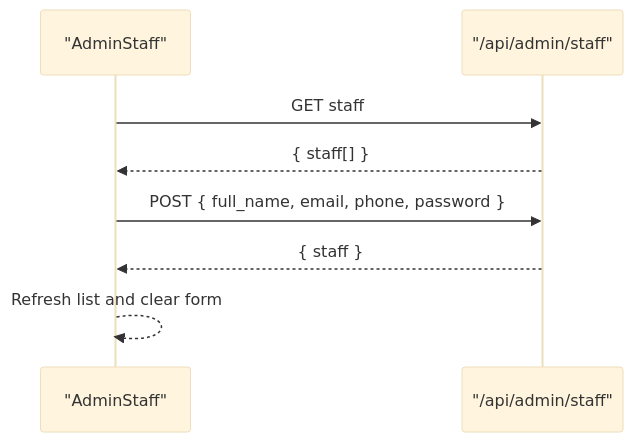
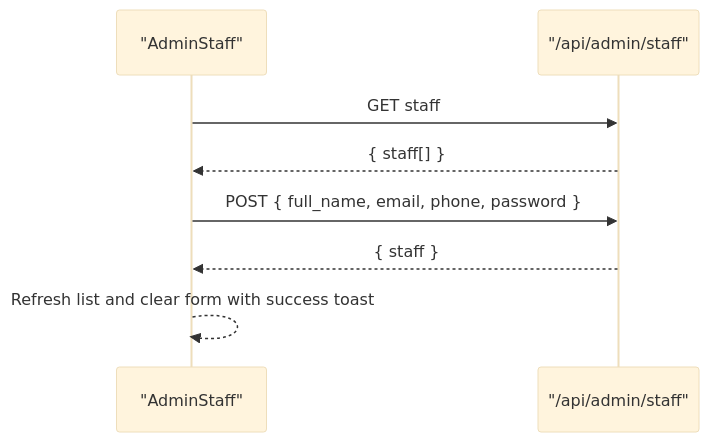
One commit to ObeyMuchechesi/TicketFlow changed the sixth of 10 diagrams in .qoder/repowiki/en/content/Admin Dashboard/Admin Dashboard.md. Above: the diagram before and after it, drawn with Mermaid (base theme). The commit also changed other lines of this file and 12 other files, not shown here.

First line of the commit message:
docs: EcoCash schema columns and project documentation refresh

````diff
--- a/.qoder/repowiki/en/content/Admin Dashboard/Admin Dashboard.md
+++ b/.qoder/repowiki/en/content/Admin Dashboard/Admin Dashboard.md
@@ -247,10 +283,10 @@
 ```mermaid
 sequenceDiagram
 participant Page as "AdminStaff"
 participant API as "/api/admin/staff"
 Page->>API : GET staff
 API-->>Page : { staff[] }
 Page->>API : POST { full_name, email, phone, password }
 API-->>Page : { staff }
-Page-->>Page : Refresh list and clear form
+Page-->>Page : Refresh list and clear form with success toast
 ```
````
